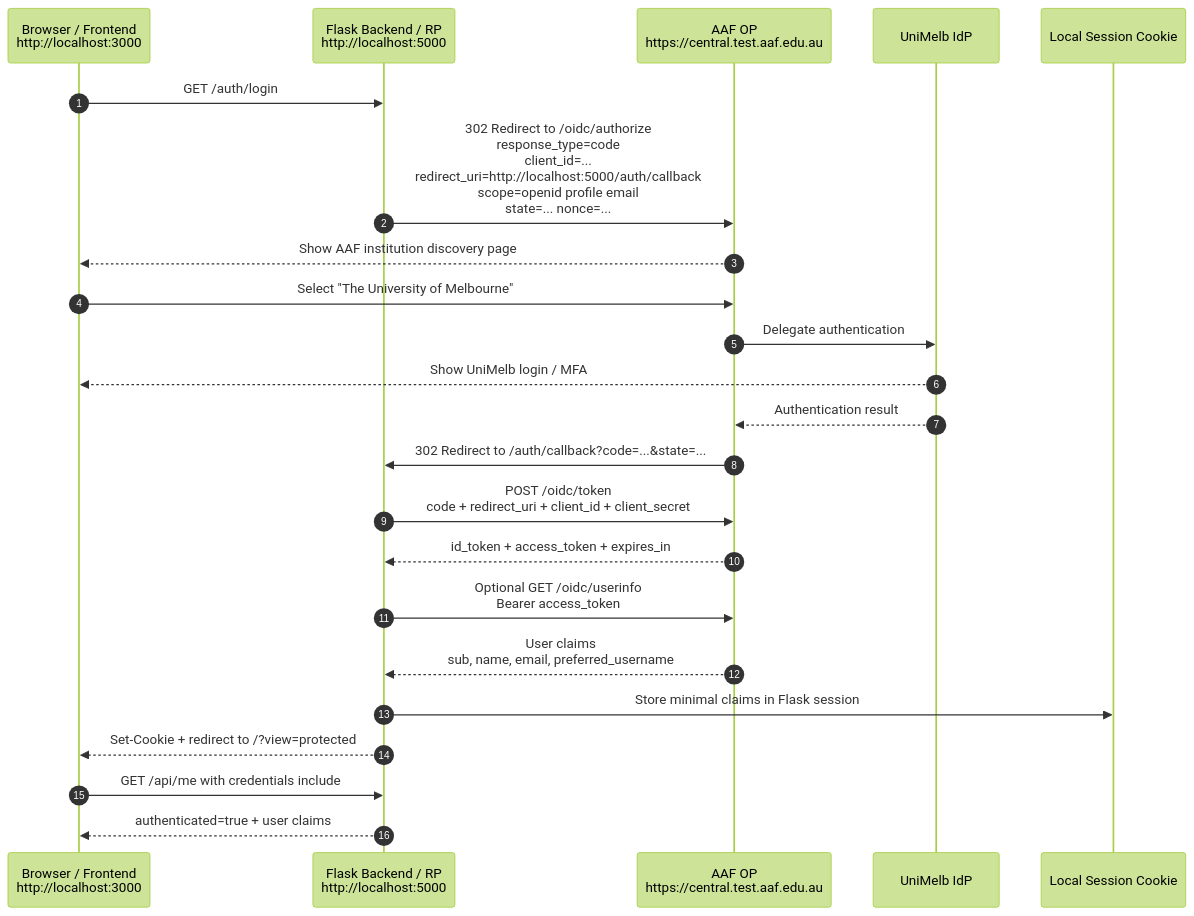
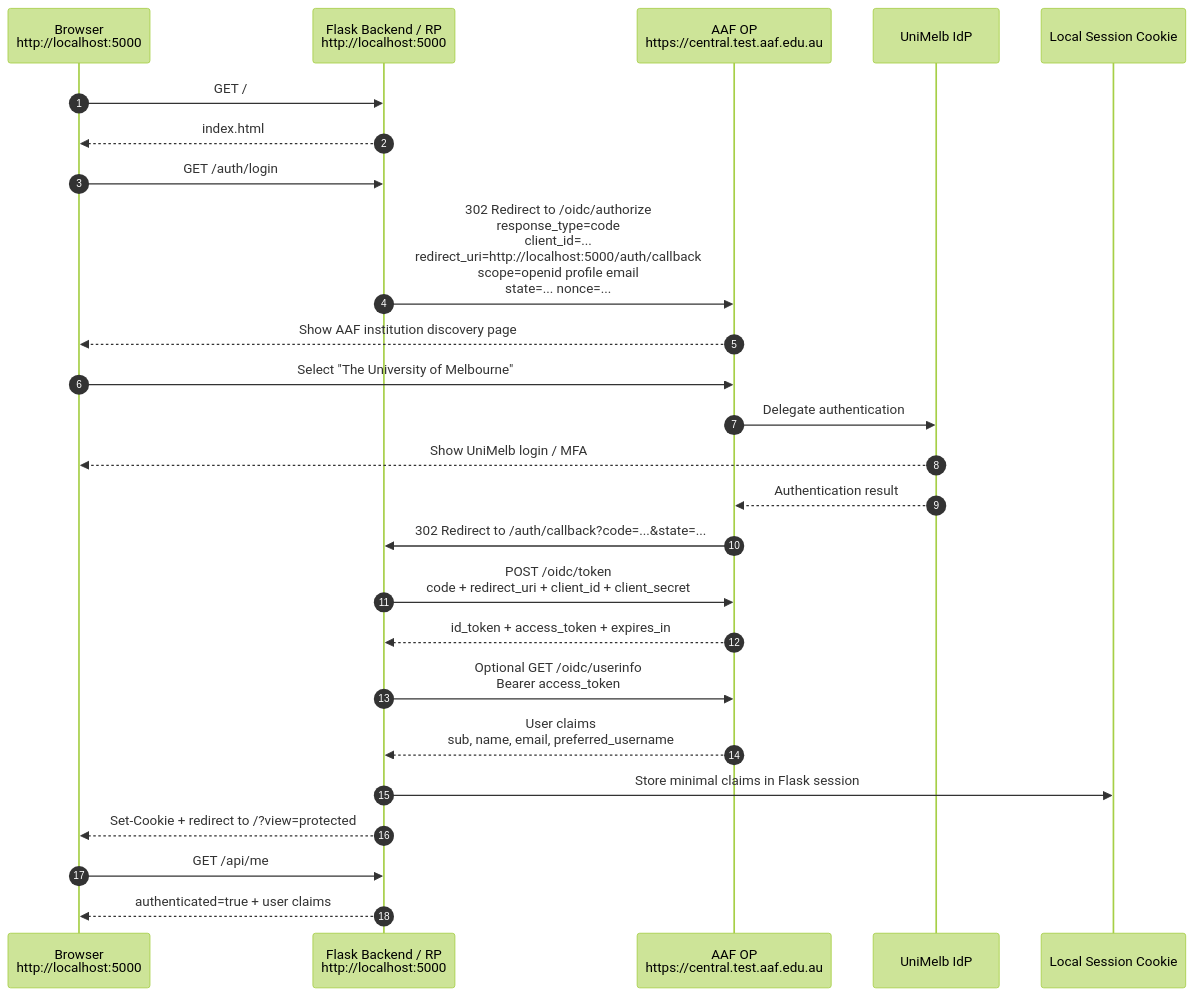
One commit to umccr/guardians-doc changed the diagram in example-projects/aai-aaf-python/README.md. Above: the diagram before and after it, drawn with Mermaid (forest theme). The commit also changed other lines of this file and 5 other files, not shown here.

Commit message:
Removed CORS from demo. Serve index from same Flask server as API

````diff
--- a/example-projects/aai-aaf-python/README.md
+++ b/example-projects/aai-aaf-python/README.md
@@ -96,26 +86,28 @@
 ```mermaid
 sequenceDiagram
     autonumber
-    participant FE as Browser / Frontend<br/>http://localhost:3000
+    participant FE as Browser<br/>http://localhost:5000
     participant BE as Flask Backend / RP<br/>http://localhost:5000
     participant AAF as AAF OP<br/>https://central.test.aaf.edu.au
     participant UM as UniMelb IdP
     participant CK as Local Session Cookie
 
+    FE->>BE: GET /
+    BE-->>FE: index.html
     FE->>BE: GET /auth/login
     BE->>AAF: 302 Redirect to /oidc/authorize<br/>response_type=code<br/>client_id=...<br/>redirect_uri=http://localhost:5000/auth/callback<br/>scope=openid profile email<br/>state=... nonce=...
     AAF-->>FE: Show AAF institution discovery page
     FE->>AAF: Select "The University of Melbourne"
     AAF->>UM: Delegate authentication
     UM-->>FE: Show UniMelb login / MFA
     UM-->>AAF: Authentication result
     AAF->>BE: 302 Redirect to /auth/callback?code=...&state=...
     BE->>AAF: POST /oidc/token<br/>code + redirect_uri + client_id + client_secret
     AAF-->>BE: id_token + access_token + expires_in
     BE->>AAF: Optional GET /oidc/userinfo<br/>Bearer access_token
     AAF-->>BE: User claims<br/>sub, name, email, preferred_username
     BE->>CK: Store minimal claims in Flask session
     BE-->>FE: Set-Cookie + redirect to /?view=protected
-    FE->>BE: GET /api/me with credentials include
+    FE->>BE: GET /api/me
     BE-->>FE: authenticated=true + user claims
 ```
````
